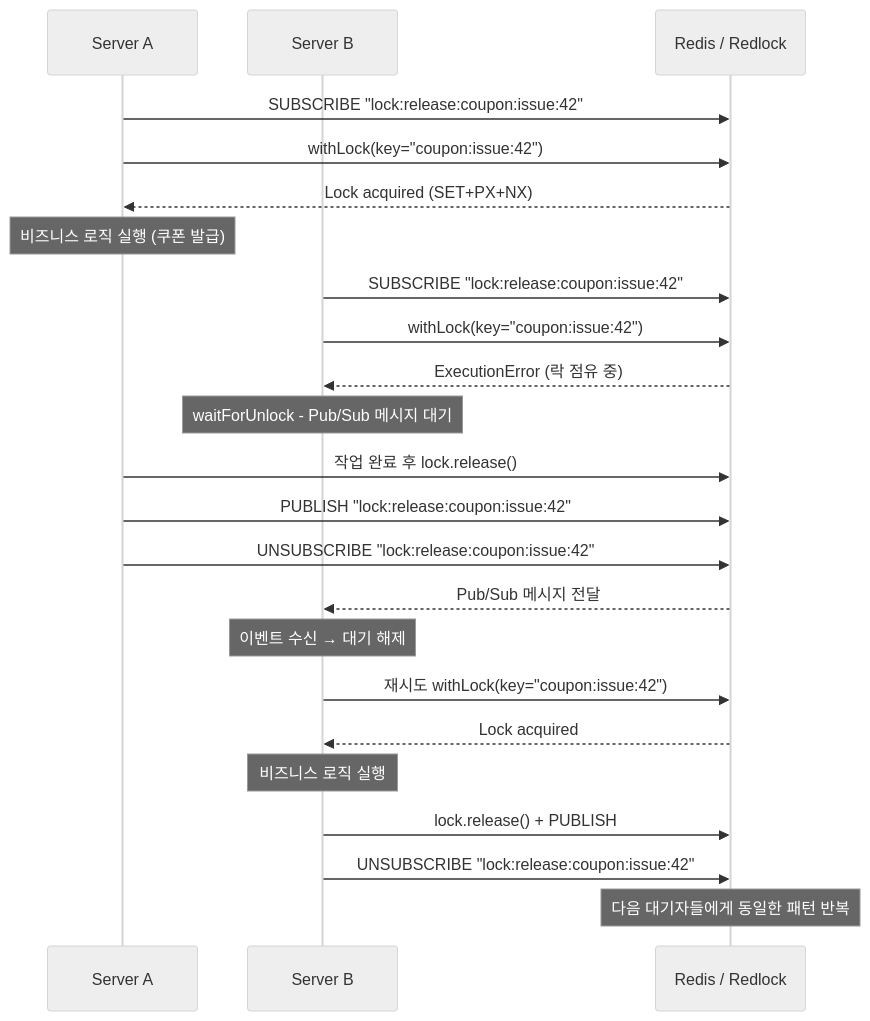
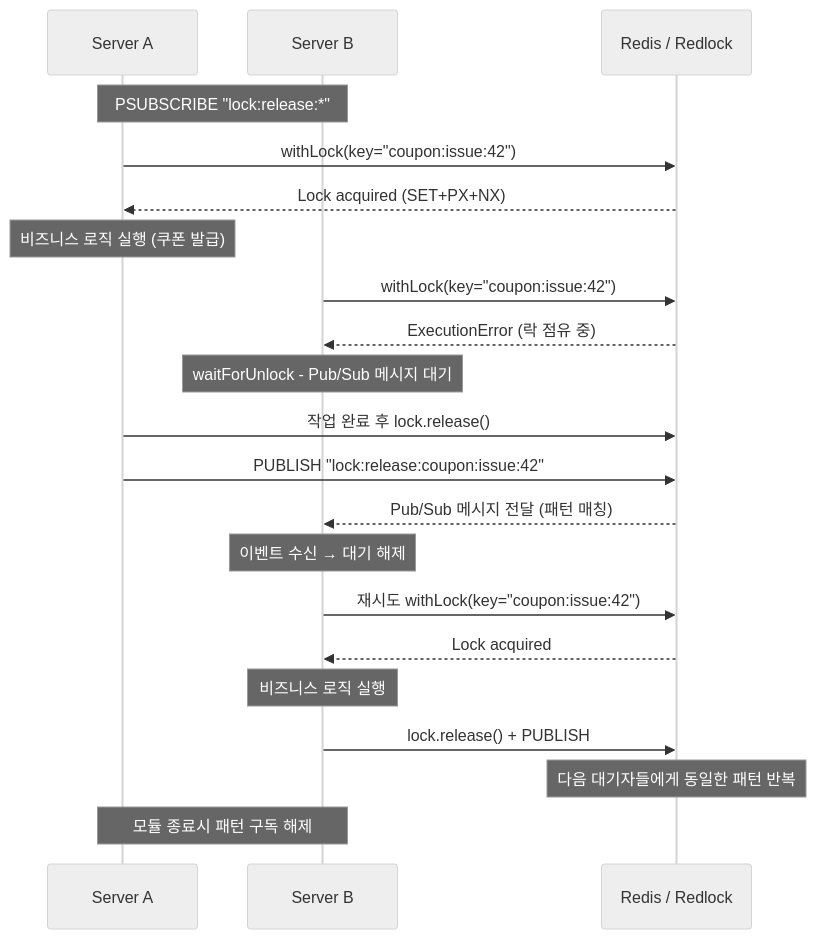
Before and after one commit to overist/hhd-plus-e-commerce: the diagram in docs/REDIS_LOCK_TIMELINE.md, drawn with Mermaid (neutral theme). The commit also changed other lines of this file, not shown here.

````diff
--- a/docs/REDIS_LOCK_TIMELINE.md
+++ b/docs/REDIS_LOCK_TIMELINE.md
@@ -14,30 +14,30 @@
 ```mermaid
 sequenceDiagram
     participant A as Server A
     participant B as Server B
     participant R as Redis / Redlock
 
-    A->>R: SUBSCRIBE "lock:release:coupon:issue:42"
+    Note over A,B: PSUBSCRIBE "lock:release:*"
+
     A->>R: withLock(key="coupon:issue:42")
     R-->>A: Lock acquired (SET+PX+NX)
     Note over A: 비즈니스 로직 실행 (쿠폰 발급)
 
-    B->>R: SUBSCRIBE "lock:release:coupon:issue:42"
     B->>R: withLock(key="coupon:issue:42")
     R-->>B: ExecutionError (락 점유 중)
     Note over B: waitForUnlock - Pub/Sub 메시지 대기
 
     A->>R: 작업 완료 후 lock.release()
     A->>R: PUBLISH "lock:release:coupon:issue:42"
-    A->>R: UNSUBSCRIBE "lock:release:coupon:issue:42"
-    R-->>B: Pub/Sub 메시지 전달
+    R-->>B: Pub/Sub 메시지 전달 (패턴 매칭)
     Note over B: 이벤트 수신 → 대기 해제
 
     B->>R: 재시도 withLock(key="coupon:issue:42")
     R-->>B: Lock acquired
     Note over B: 비즈니스 로직 실행
 
     B->>R: lock.release() + PUBLISH
-    B->>R: UNSUBSCRIBE "lock:release:coupon:issue:42"
     Note over R: 다음 대기자들에게 동일한 패턴 반복
+
+    Note over A,B: 모듈 종료시 패턴 구독 해제
 ```
````
